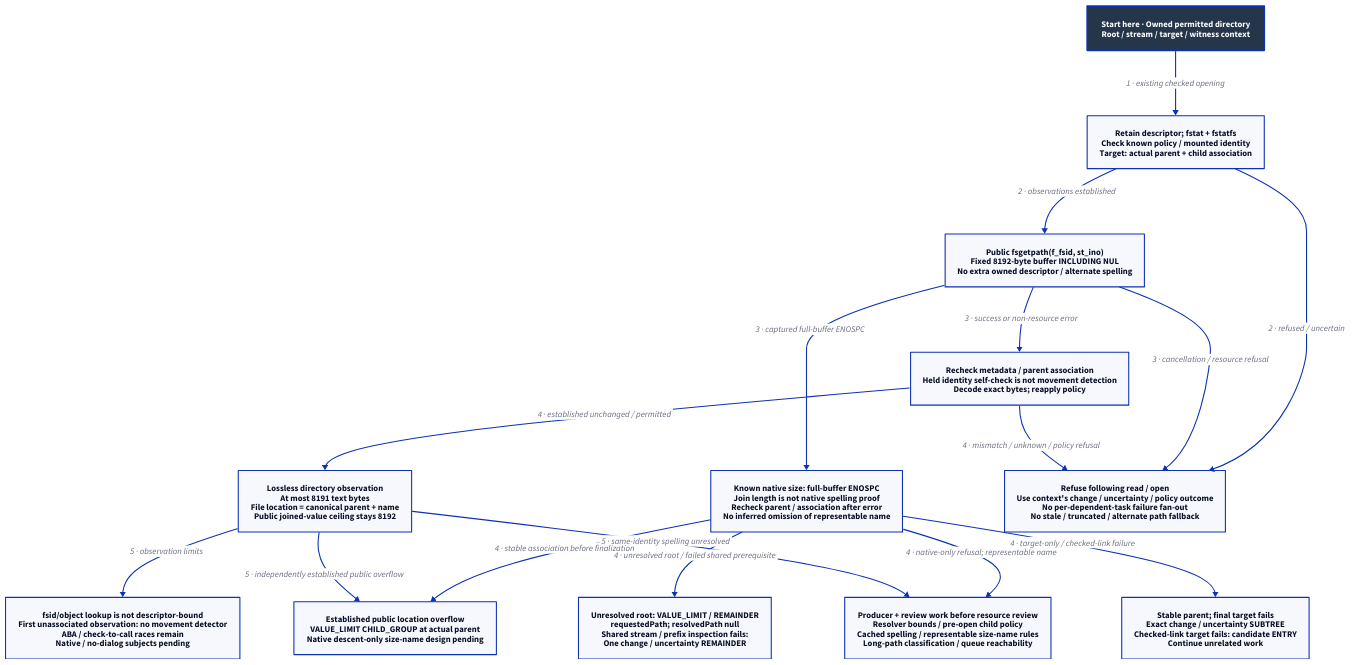
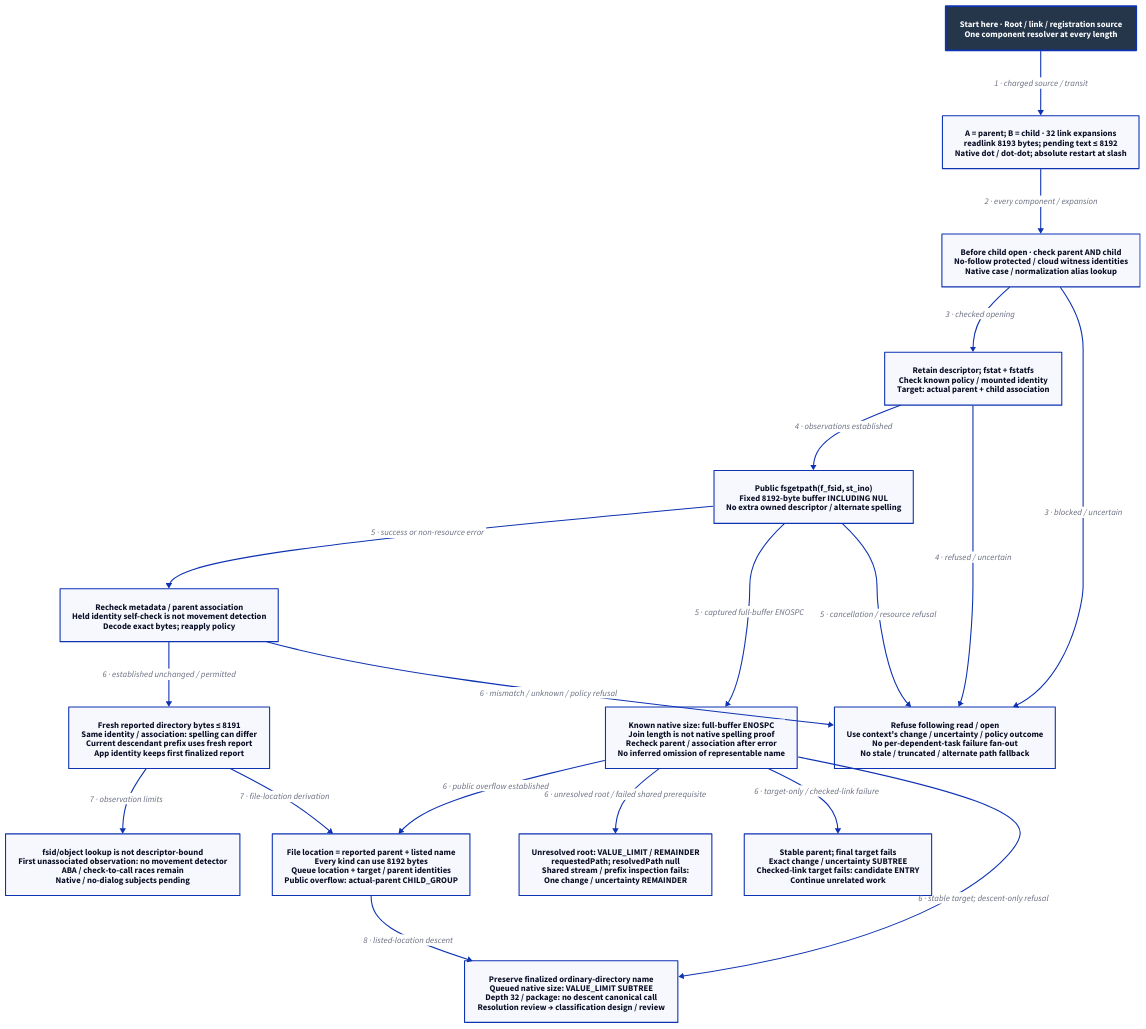
One commit to Linkuistics/Koine changed the diagram in docs/design/architecture/search-canonical.d2. Above: the diagram before and after it, drawn with D2. The commit also changed 30 other files, not shown here.

Commit message:
search-path-resolution-k122: specify bounded resolution and observed spelling

```diff
--- a/docs/design/architecture/search-canonical.d2
+++ b/docs/design/architecture/search-canonical.d2
@@ -1,32 +1,37 @@
-# Private call proposal and review repairs; unresolved path design is explicit.
+# Selected resolution and spelling contract; review/native classification pending.
 direction: down
 classes: {
   start: {style: {fill: "#25364B"; font-color: "#FFFFFF"; bold: true; stroke-width: 3}}
 }
-Start: "Start here · Owned permitted directory\nRoot / stream / target / witness context" {class: start}
+Start: "Start here · Root / link / registration source\nOne component resolver at every length" {class: start}
+Resolve: "A = parent; B = child · 32 link expansions\nreadlink 8193 bytes; pending text ≤ 8192\nNative dot / dot-dot; absolute restart at slash"
+Policy: "Before child open · check parent AND child\nNo-follow protected / cloud witness identities\nNative case / normalization alias lookup"
 Before: "Retain descriptor; fstat + fstatfs\nCheck known policy / mounted identity\nTarget: actual parent + child association"
 Call: "Public fsgetpath(f_fsid, st_ino)\nFixed 8192-byte buffer INCLUDING NUL\nNo extra owned descriptor / alternate spelling"
 After: "Recheck metadata / parent association\nHeld identity self-check is not movement detection\nDecode exact bytes; reapply policy"
-Path: "Lossless directory observation\nAt most 8191 text bytes\nFile location = canonical parent + name\nPublic joined-value ceiling stays 8192"
+Path: "Fresh reported directory bytes ≤ 8191\nSame identity / association: spelling can differ\nCurrent descendant prefix uses fresh report\nApp identity keeps first finalized report"
 Size: "Known native size: full-buffer ENOSPC\nJoin length is not native spelling proof\nRecheck parent / association after error\nNo inferred omission of representable name"
-Parent: "Established public location overflow\nVALUE_LIMIT CHILD_GROUP at actual parent\nNative descent-only size-name design pending"
+Parent: "File location = reported parent + listed name\nEvery kind can use 8192 bytes\nQueue location + target / parent identities\nPublic overflow: actual-parent CHILD_GROUP"
 Root: "Unresolved root: VALUE_LIMIT / REMAINDER\nrequestedPath; resolvedPath null\nShared stream / prefix inspection fails:\nOne change / uncertainty REMAINDER"
 Failure: "Refuse following read / open\nUse context's change / uncertainty / policy outcome\nNo per-dependent-task failure fan-out\nNo stale / truncated / alternate path fallback"
 Exact: "Stable parent; final target fails\nExact change / uncertainty SUBTREE\nChecked-link target fails: candidate ENTRY\nContinue unrelated work"
-Design: "Producer + review work before resource review\nResolver bounds / pre-open child policy\nCached spelling / representable size-name rules\nLong-path classification / queue reachability"
+Design: "Preserve finalized ordinary-directory name\nQueued native size: VALUE_LIMIT SUBTREE\nDepth 32 / package: no descent canonical call\nResolution review → classification design / review"
 Limit: "fsid/object lookup is not descriptor-bound\nFirst unassociated observation: no movement detector\nABA / check-to-call races remain\nNative / no-dialog subjects pending"
-Start -> Before: "1 · existing checked opening"
-Before -> Call: "2 · observations established"
-Before -> Failure: "2 · refused / uncertain"
-Call -> After: "3 · success or non-resource error"
-Call -> Size: "3 · captured full-buffer ENOSPC"
-Call -> Failure: "3 · cancellation / resource refusal"
-After -> Path: "4 · established unchanged / permitted"
-After -> Failure: "4 · mismatch / unknown / policy refusal"
-Size -> Parent: "4 · stable association before finalization"
-Size -> Root: "4 · unresolved root / failed shared prerequisite"
-Size -> Exact: "4 · target-only / checked-link failure"
-Size -> Design: "4 · native-only refusal; representable name"
-Path -> Limit: "5 · observation limits"
-Path -> Parent: "5 · independently established public overflow"
-Path -> Design: "5 · same-identity spelling unresolved"
+Start -> Resolve: "1 · charged source / transit"
+Resolve -> Policy: "2 · every component / expansion"
+Policy -> Before: "3 · checked opening"
+Policy -> Failure: "3 · blocked / uncertain"
+Before -> Call: "4 · observations established"
+Before -> Failure: "4 · refused / uncertain"
+Call -> After: "5 · success or non-resource error"
+Call -> Size: "5 · captured full-buffer ENOSPC"
+Call -> Failure: "5 · cancellation / resource refusal"
+After -> Path: "6 · established unchanged / permitted"
+After -> Failure: "6 · mismatch / unknown / policy refusal"
+Size -> Parent: "6 · public overflow established"
+Size -> Root: "6 · unresolved root / failed shared prerequisite"
+Size -> Exact: "6 · target-only / checked-link failure"
+Size -> Design: "6 · stable target; descent-only refusal"
+Path -> Limit: "7 · observation limits"
+Path -> Parent: "7 · file-location derivation"
+Parent -> Design: "8 · listed-location descent"
```
